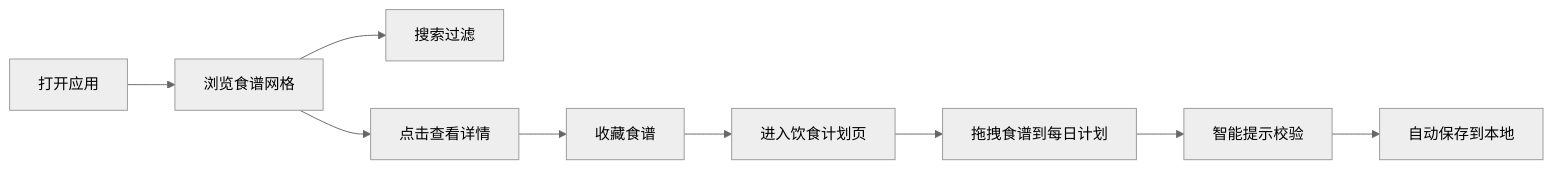
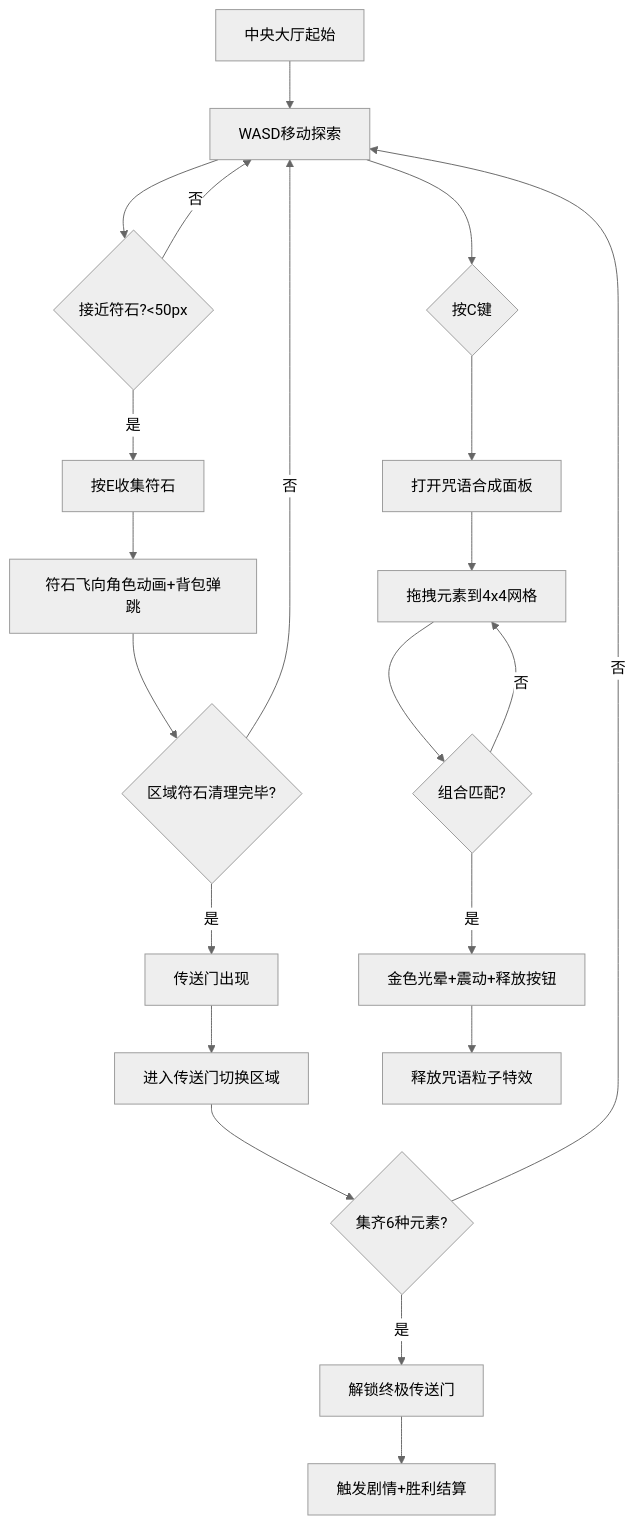
Before and after one commit to LIANG0828906/solo: the diagram in cp1_6.16_auto65/.trae/documents/PRD.md, drawn with Mermaid (neutral theme). The commit also changed other lines of this file and 28 other files, not shown here.

````diff
--- a/cp1_6.16_auto65/.trae/documents/PRD.md
+++ b/cp1_6.16_auto65/.trae/documents/PRD.md
@@ -39,11 +37,24 @@
 ```mermaid
-flowchart LR
-    A["打开应用"] --> B["浏览食谱网格"]
-    B --> C["搜索过滤"]
-    B --> D["点击查看详情"]
-    D --> E["收藏食谱"]
-    E --> F["进入饮食计划页"]
-    F --> G["拖拽食谱到每日计划"]
-    G --> H["智能提示校验"]
-    H --> I["自动保存到本地"]
+flowchart TD
+    A["中央大厅起始"] --> B["WASD移动探索"]
+    B --> C{"接近符石?<50px"}
+    C -->|是| D["按E收集符石"]
+    C -->|否| B
+    D --> E["符石飞向角色动画+背包弹跳"]
+    E --> F{"区域符石清理完毕?"}
+    F -->|否| B
+    F -->|是| G["传送门出现"]
+    G --> H["进入传送门切换区域"]
+    H --> I{"集齐6种元素?"}
+    I -->|否| B
+    I -->|是| J["解锁终极传送门"]
+    J --> K["触发剧情+胜利结算"]
+    
+    B --> L{"按C键"}
+    L --> M["打开咒语合成面板"]
+    M --> N["拖拽元素到4x4网格"]
+    N --> O{"组合匹配?"}
+    O -->|是| P["金色光晕+震动+释放按钮"]
+    P --> Q["释放咒语粒子特效"]
+    O -->|否| N
 ```
````
